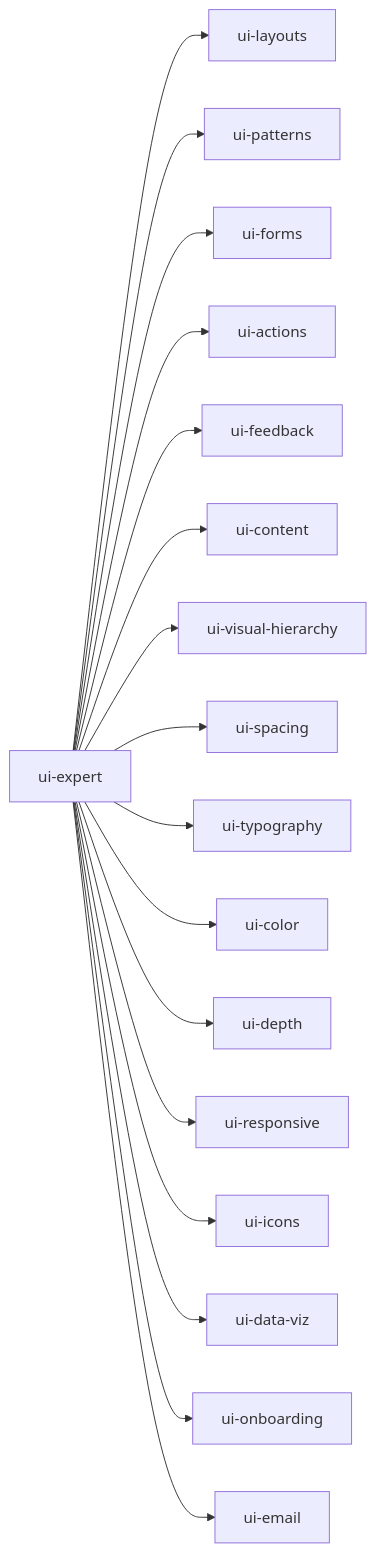
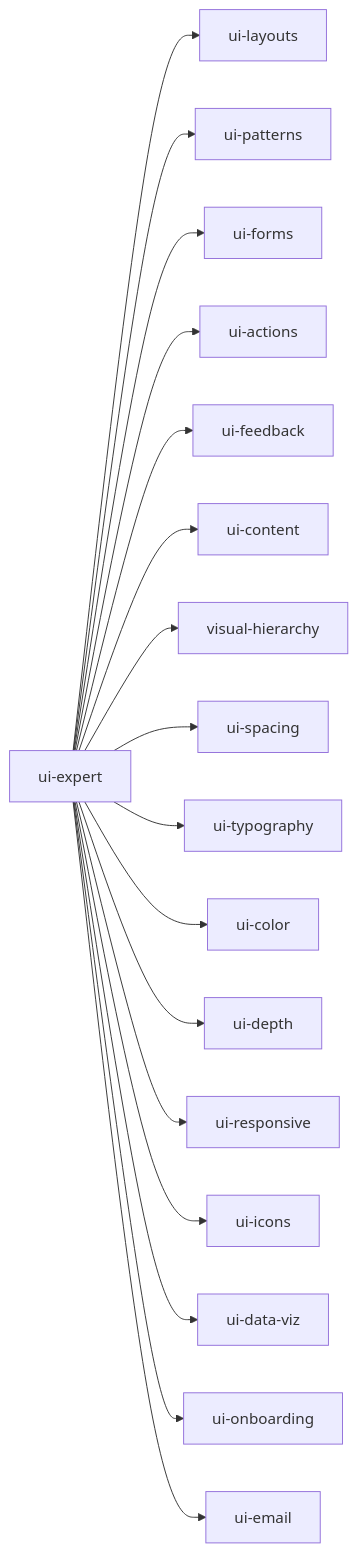
One commit to pnewsam/skills changed the eighth of 14 diagrams in README.md. Above: the diagram before and after it, drawn with Mermaid. The commit also changed other lines of this file and 82 other files, not shown here.

````diff
--- a/README.md
+++ b/README.md
@@ -262,19 +269,19 @@
 ```mermaid
 flowchart LR
     UX[ui-expert] --> L[ui-layouts]
     UX --> P[ui-patterns]
     UX --> F[ui-forms]
     UX --> A[ui-actions]
     UX --> FB[ui-feedback]
     UX --> C[ui-content]
-    UX --> VH[ui-visual-hierarchy]
+    UX --> VH[visual-hierarchy]
     UX --> S[ui-spacing]
     UX --> T[ui-typography]
     UX --> CL[ui-color]
     UX --> D[ui-depth]
     UX --> R[ui-responsive]
     UX --> I[ui-icons]
     UX --> DV[ui-data-viz]
     UX --> O[ui-onboarding]
     UX --> E[ui-email]
 ```
````
